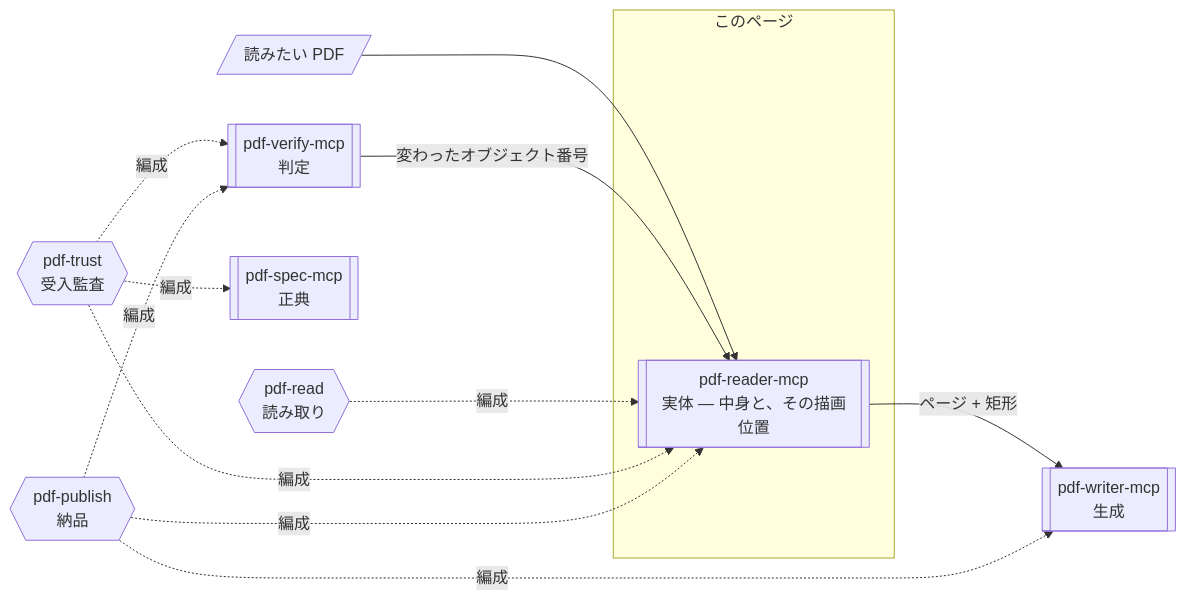
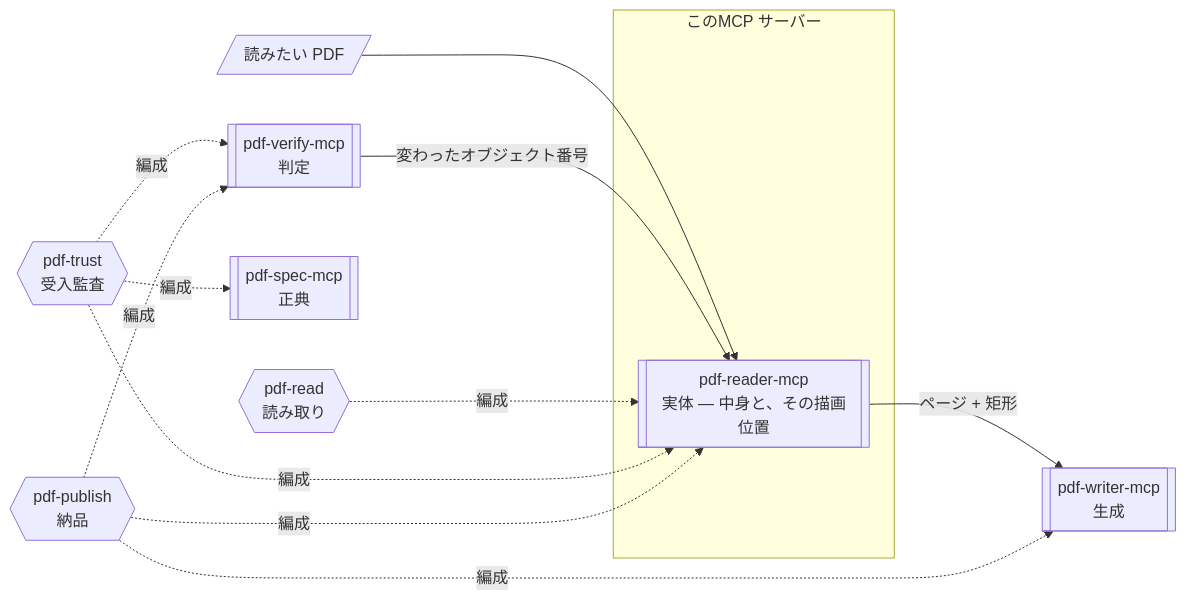
Before and after one commit to shuji-bonji/pdf-agent-stack: the diagram in site/docs/ja/mcp/pdf-reader.md, drawn with Mermaid. The commit also changed other lines of this file and 12 other files, not shown here.

````diff
--- a/site/docs/ja/mcp/pdf-reader.md
+++ b/site/docs/ja/mcp/pdf-reader.md
@@ -28,16 +36,16 @@
 ```mermaid
 graph LR
   TARGET[/"読みたい PDF"/] --> READER
 
-  subgraph SELF["このページ"]
+  subgraph SELF["このMCP サーバー"]
     READER[["pdf-reader-mcp<br>実体 — 中身と、その描画位置"]]
   end
 
   VERIFY[["pdf-verify-mcp<br>判定"]] -->|変わったオブジェクト番号| READER
   READER -->|ページ + 矩形| WRITER[["pdf-writer-mcp<br>生成"]]
   SPEC[["pdf-spec-mcp<br>正典"]]
 
   READ{{"pdf-read<br>読み取り"}} -.->|編成| READER
   TRUST{{"pdf-trust<br>受入監査"}} -.->|編成| READER & VERIFY & SPEC
   PUBLISH{{"pdf-publish<br>納品"}} -.->|編成| WRITER & READER & VERIFY
 ```
````
